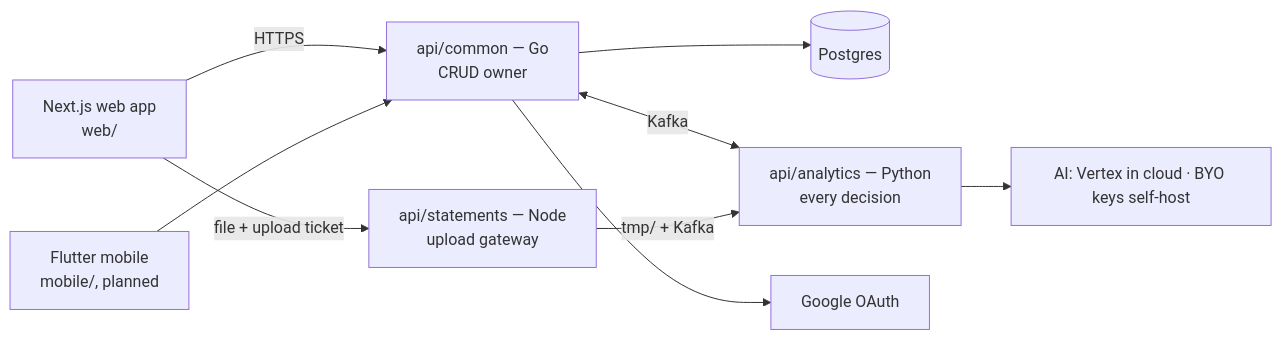
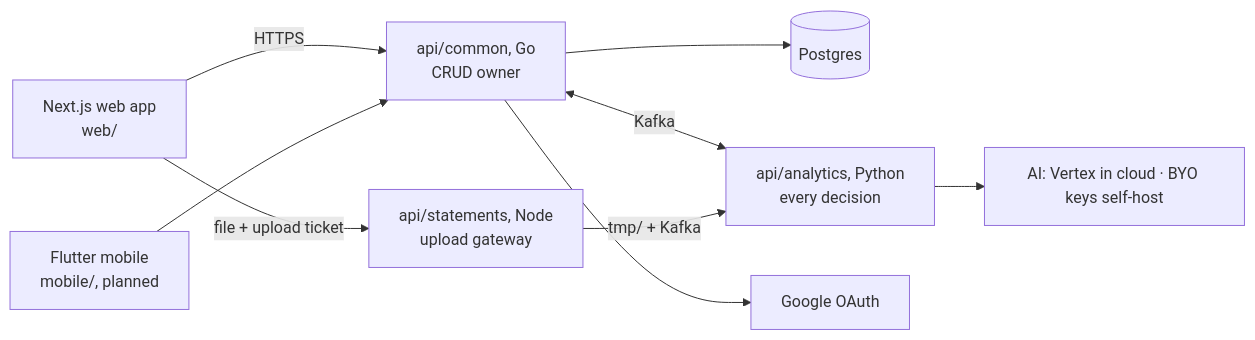
Before and after one commit to cuesoftinc/expendit: the diagram in README.md, drawn with Mermaid. The commit also changed other lines of this file and 20 other files, not shown here.

````diff
--- a/README.md
+++ b/README.md
@@ -22,11 +22,11 @@
 ```mermaid
 flowchart LR
-    WEB[Next.js web app<br/>web/] -->|HTTPS| COM[api/common — Go<br/>CRUD owner]
-    WEB -->|file + upload ticket| ST[api/statements — Node<br/>upload gateway]
+    WEB[Next.js web app<br/>web/] -->|HTTPS| COM[api/common, Go<br/>CRUD owner]
+    WEB -->|file + upload ticket| ST[api/statements, Node<br/>upload gateway]
     MOB[Flutter mobile<br/>mobile/, planned] --> COM
     COM --> PG[(Postgres)]
-    COM <-->|Kafka| AN[api/analytics — Python<br/>every decision]
+    COM <-->|Kafka| AN[api/analytics, Python<br/>every decision]
     ST -->|tmp/ + Kafka| AN
     AN --> AI[AI: Vertex in cloud · BYO keys self-host]
     COM --> GG[Google OAuth]
 ```
````
